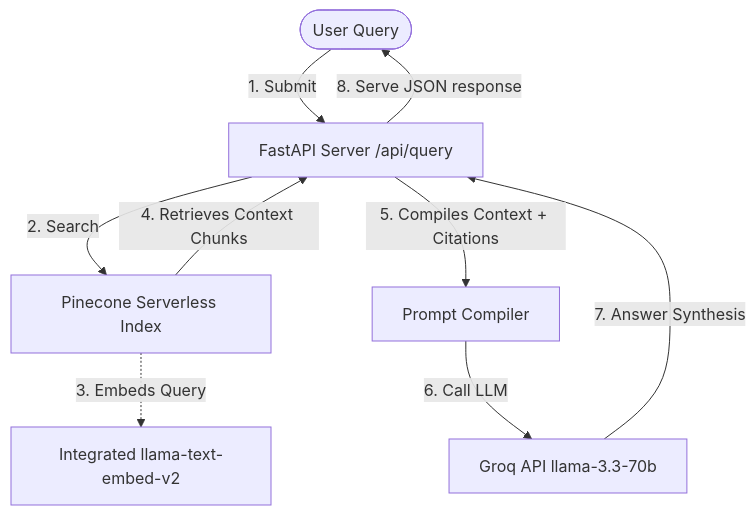
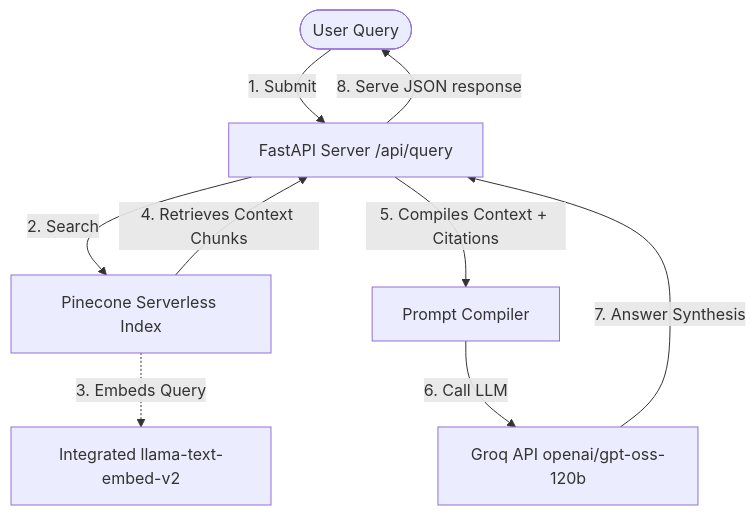
One commit to MadhuChitikela/multi-source-rag-model changed the diagram in README.md. Above: the diagram before and after it, drawn with Mermaid. The commit also changed other lines of this file and 2 other files, not shown here.

Commit message:
Fix Groq decommissioned model by switching to active supported models

````diff
--- a/README.md
+++ b/README.md
@@ -24,11 +24,11 @@
 ```mermaid
 graph TD
     User([User Query]) -->|1. Submit| API[FastAPI Server /api/query]
     API -->|2. Search| PC[Pinecone Serverless Index]
     PC -.->|3. Embeds Query| Emb[Integrated llama-text-embed-v2]
     PC -->|4. Retrieves Context Chunks| API
     API -->|5. Compiles Context + Citations| Prompt[Prompt Compiler]
-    Prompt -->|6. Call LLM| Groq[Groq API llama-3.3-70b]
+    Prompt -->|6. Call LLM| Groq[Groq API openai/gpt-oss-120b]
     Groq -->|7. Answer Synthesis| API
     API -->|8. Serve JSON response| User
 ```
````
